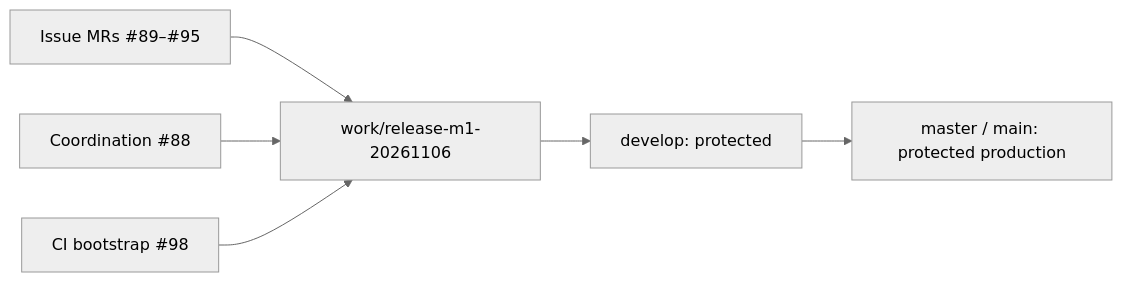
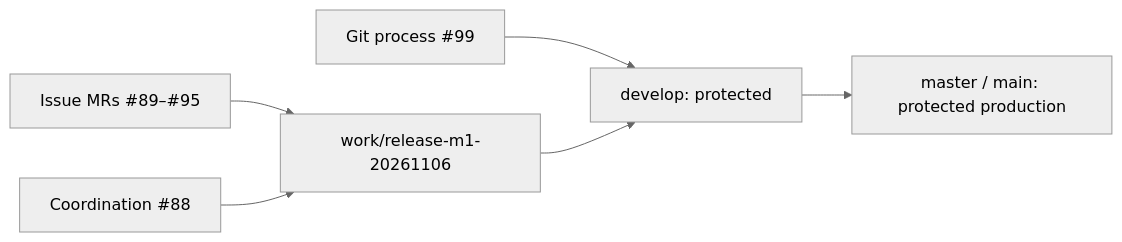
The diagram in docs/milestone-1-implementation.md (tuanvipandpro/quiz-app), drawn with Mermaid (neutral theme) before and after one commit. The commit also changed other lines of this file, not shown here.

````diff
--- a/docs/milestone-1-implementation.md
+++ b/docs/milestone-1-implementation.md
@@ -16,8 +16,8 @@
 ```mermaid
 flowchart LR
   I["Issue MRs #89–#95"] --> R["work/release-m1-20261106"]
   C["Coordination #88"] --> R
-  B["CI bootstrap #98"] --> R
+  B["Git process #99"] --> D
   R --> D["develop: protected"]
   D --> P["master / main: protected production"]
 ```
````
